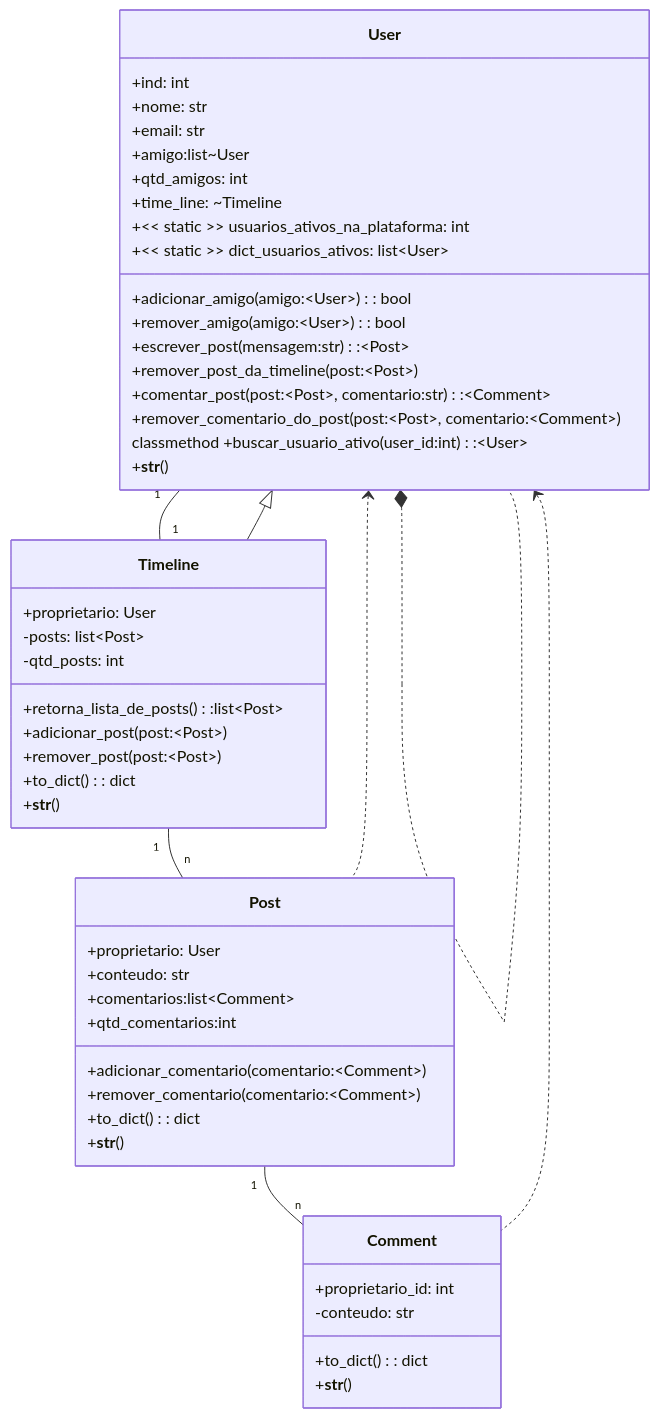
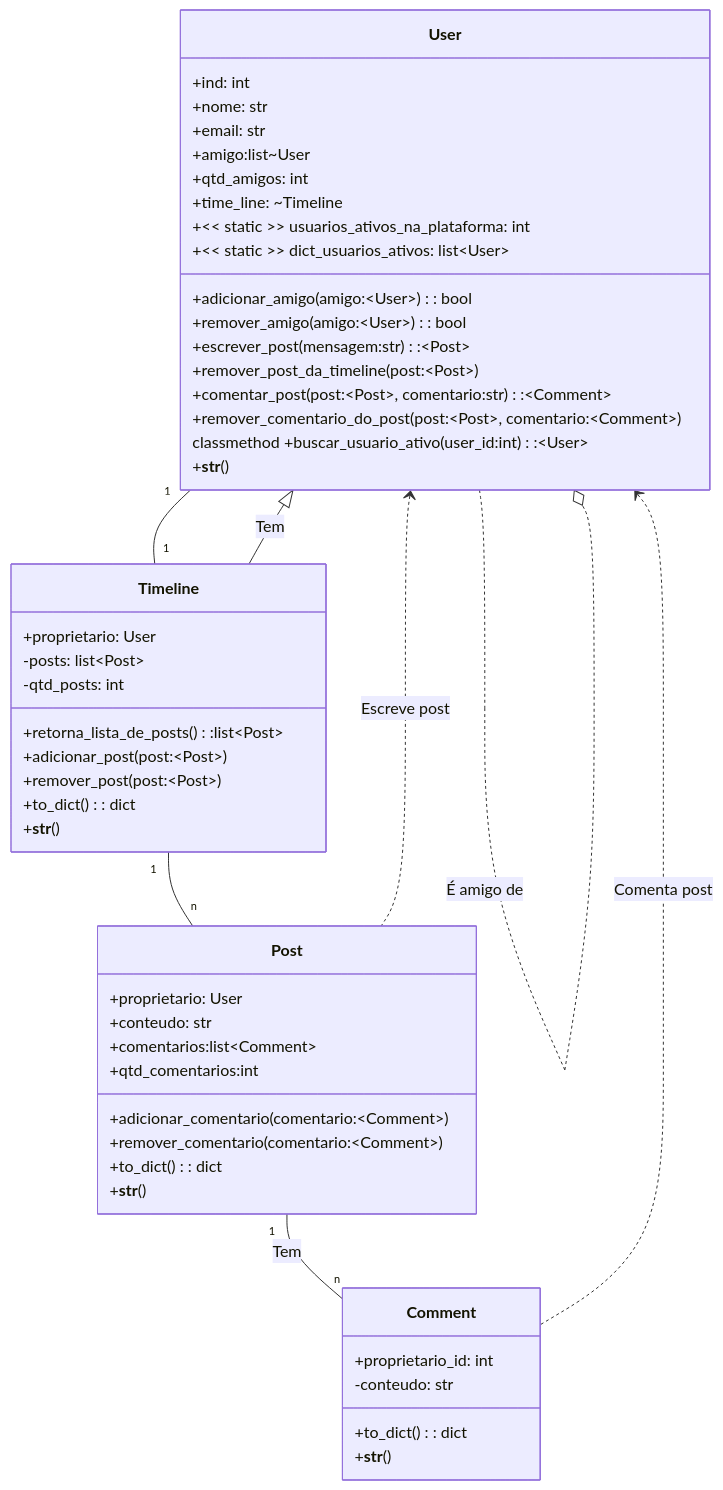
Before and after one commit to insper-classroom/agil22_p1: the diagram in classes_prova.md, drawn with Mermaid.

````diff
--- a/classes_prova.md
+++ b/classes_prova.md
@@ -3,57 +3,57 @@
 ```mermaid
 
 classDiagram
 class User {
 +ind: int
 +nome: str
 +email: str
 +amigo:list~User
 +qtd_amigos: int
 +time_line: ~Timeline
 +<< static >> usuarios_ativos_na_plataforma: int
 +<< static >> dict_usuarios_ativos: list~User~
 +adicionar_amigo(amigo:~User~): bool
 +remover_amigo(amigo:~User~): bool
 +escrever_post(mensagem:str):~Post~
 +remover_post_da_timeline(post:~Post~)
 +comentar_post(post:~Post~, comentario:str):~Comment~
 +remover_comentario_do_post(post:~Post~, comentario:~Comment~)
 classmethod +buscar_usuario_ativo(user_id:int):~User~
 +__str__()
 }
 class Timeline {
 +proprietario: User
 -posts: list~Post~
 -qtd_posts: int 
 +retorna_lista_de_posts():list~Post~
 +adicionar_post(post:~Post~)
 +remover_post(post:~Post~)
 +to_dict(): dict
 +__str__()
 }
 class Post {
 +proprietario: User
 +conteudo: str
 +comentarios:list~Comment~
 +qtd_comentarios:int
 +adicionar_comentario(comentario:~Comment~)
 +remover_comentario(comentario:~Comment~)
 +to_dict(): dict
 +__str__()
 }
 class Comment {
 +proprietario_id: int
 -conteudo: str
 +to_dict(): dict
 +__str__()
 }
 User "1" -- "1" Timeline 
 Timeline "1" -- "n" Post
-Post "1" -- "n" Comment 
-User <|-- Timeline
-User <.. Post
-User <.. Comment
-User *.. User
+Post "1" -- "n" Comment : Tem
+User <|-- Timeline : Tem
+User <.. Post : Escreve post
+User <.. Comment : Comenta post
+User ..o User : É amigo de 
 
 
 ```
````
